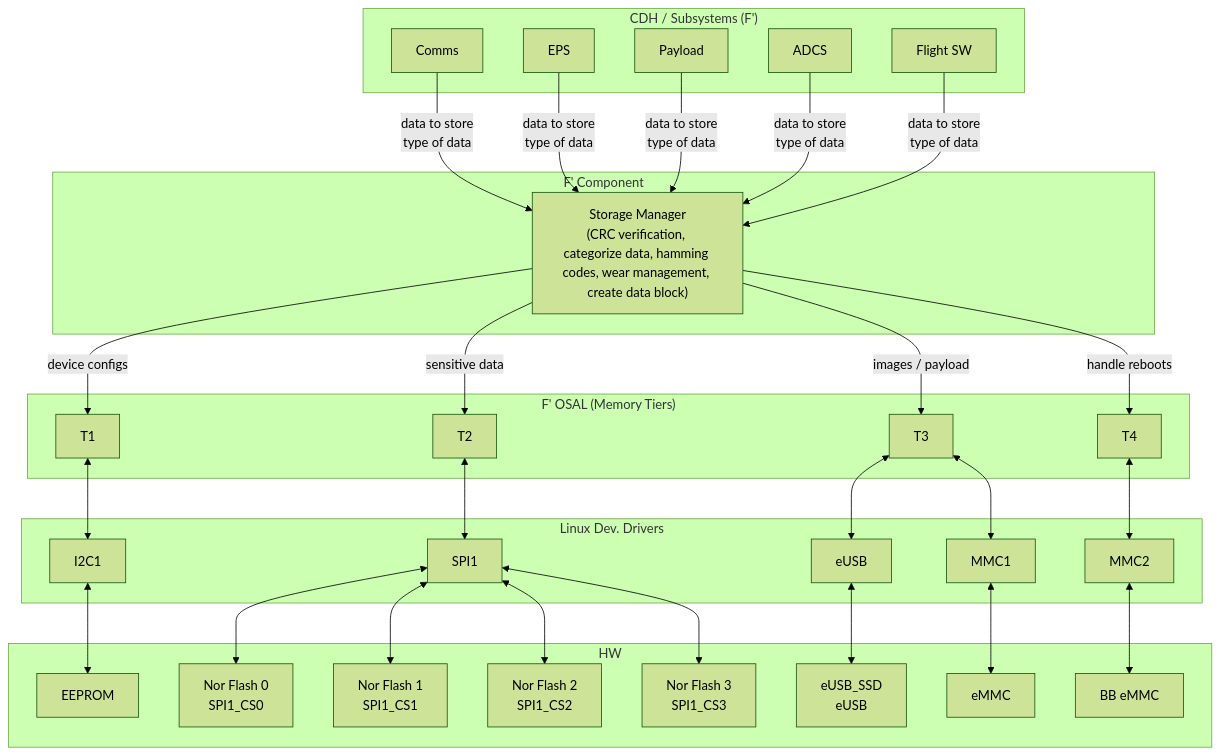
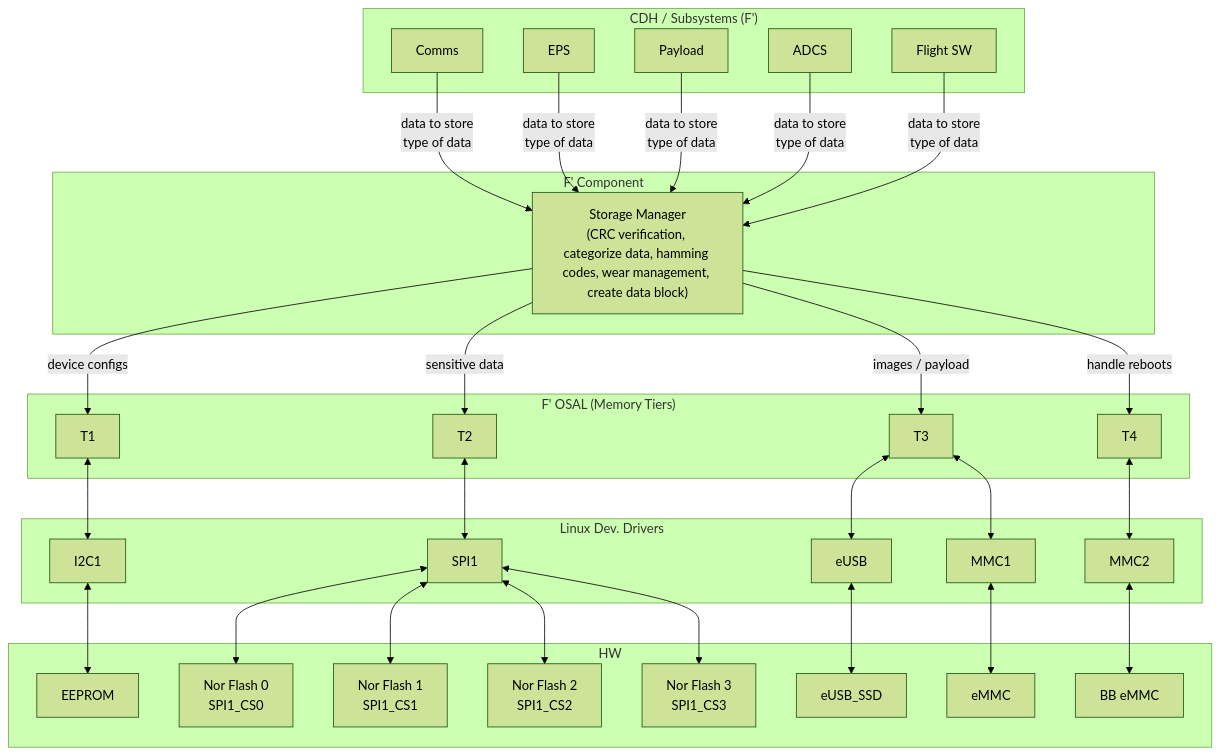
The third of 3 diagrams in docs/Core/FlightComputerMemory.md (UWCubeSat/hs2-software-design), drawn with Mermaid (forest theme) before and after one commit.

````diff
--- a/docs/Core/FlightComputerMemory.md
+++ b/docs/Core/FlightComputerMemory.md
@@ -59,70 +59,70 @@
 ```mermaid
 graph TD
     subgraph CDH_Subsystems ["CDH / Subsystems (F')"]
         Comms[Comms]
         EPS[EPS]
         Payload[Payload]
         ADCS[ADCS]
         FlightSW[Flight SW]
     end
 
     subgraph F_Component ["F' Component"]
         StorageManager["Storage Manager<br/>(CRC verification, categorize data, hamming codes, wear management, create data block)"]
     end
 
     subgraph F_OSAL ["F' OSAL (Memory Tiers)"]
         T1_Interface[T1]
         T2_Interface[T2]
         T3_Interface[T3]
         T4_Interface[T4]
     end
 
     subgraph Linux_Drivers ["Linux Dev. Drivers"]
         I2C[I2C1]
         SPI1[SPI1]
         eUSB[eUSB]
         MMC1[MMC1]
         MMC2[MMC2]
     end
 
     subgraph HW ["HW"]
         EEPROM_HW[EEPROM]
         NOR0_HW[Nor Flash 0<br/>SPI1_CS0]
         NOR1_HW[Nor Flash 1<br/>SPI1_CS1]
         NOR2_HW[Nor Flash 2<br/>SPI1_CS2]
         NOR3_HW[Nor Flash 3<br/>SPI1_CS3]
-        eUSB_SSD_HW[eUSB_SSD<br/>eUSB]
+        eUSB_SSD_HW[eUSB_SSD]
         eMMC_HW[eMMC]
         BB_eMMC_HW[BB eMMC]
     end
 
     %% Data Flow - CDH Subsystems to Storage Manager
     Comms -->|data to store<br/>type of data| StorageManager
     EPS -->|data to store<br/>type of data| StorageManager
     Payload -->|data to store<br/>type of data| StorageManager
     ADCS -->|data to store<br/>type of data| StorageManager
     FlightSW -->|data to store<br/>type of data| StorageManager
     
     %% Storage Manager to Tiers
     StorageManager -- "device configs" --> T1_Interface
     StorageManager -- "sensitive data" --> T2_Interface
     StorageManager -- "images / payload" --> T3_Interface
     StorageManager -- "handle reboots" --> T4_Interface
 
     %% Interfaces to Drivers
     T1_Interface <--> I2C
     T2_Interface <--> SPI1
     T3_Interface <--> eUSB
     T3_Interface <--> MMC1
     T4_Interface <--> MMC2
 
     %% Drivers to HW
     I2C <--> EEPROM_HW
     SPI1 <--> NOR0_HW
     SPI1 <--> NOR1_HW
     SPI1 <--> NOR2_HW
     SPI1 <--> NOR3_HW
     eUSB <--> eUSB_SSD_HW
     MMC1 <--> eMMC_HW
     MMC2 <--> BB_eMMC_HW
 ```
````
